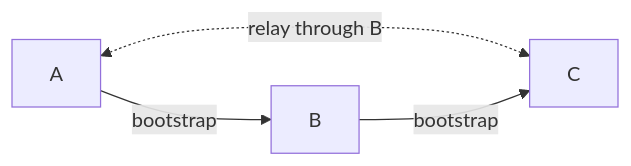
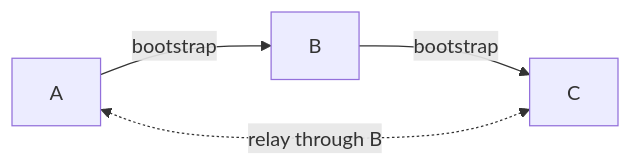
One commit to PixelQuasar/antenna changed the fourth of 6 diagrams in docs/protocol.md. Above: the diagram before and after it, drawn with Mermaid. The commit also changed other lines of this file, not shown here.

````diff
--- a/docs/protocol.md
+++ b/docs/protocol.md
@@ -219,7 +221,8 @@
 ```mermaid
 flowchart LR
-A <-. relay through B .-> C
+
 B -- bootstrap --> C
 A -- bootstrap --> B
+A <-. relay through B .-> C
  
 ```
````
